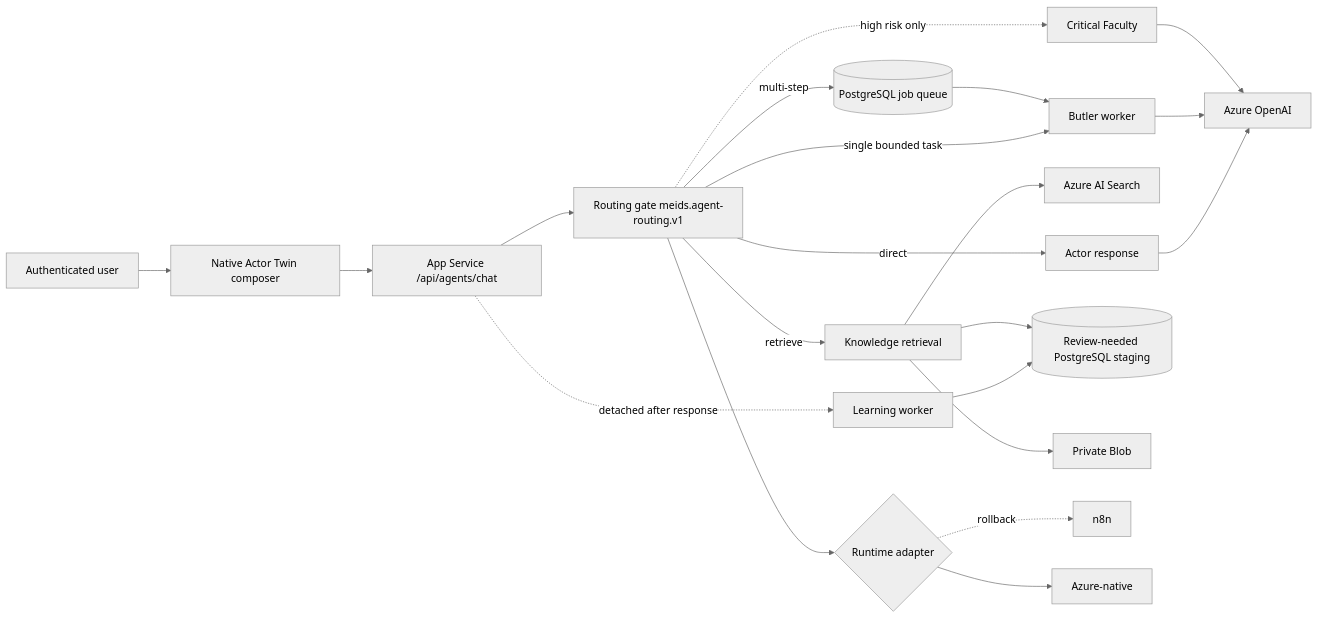
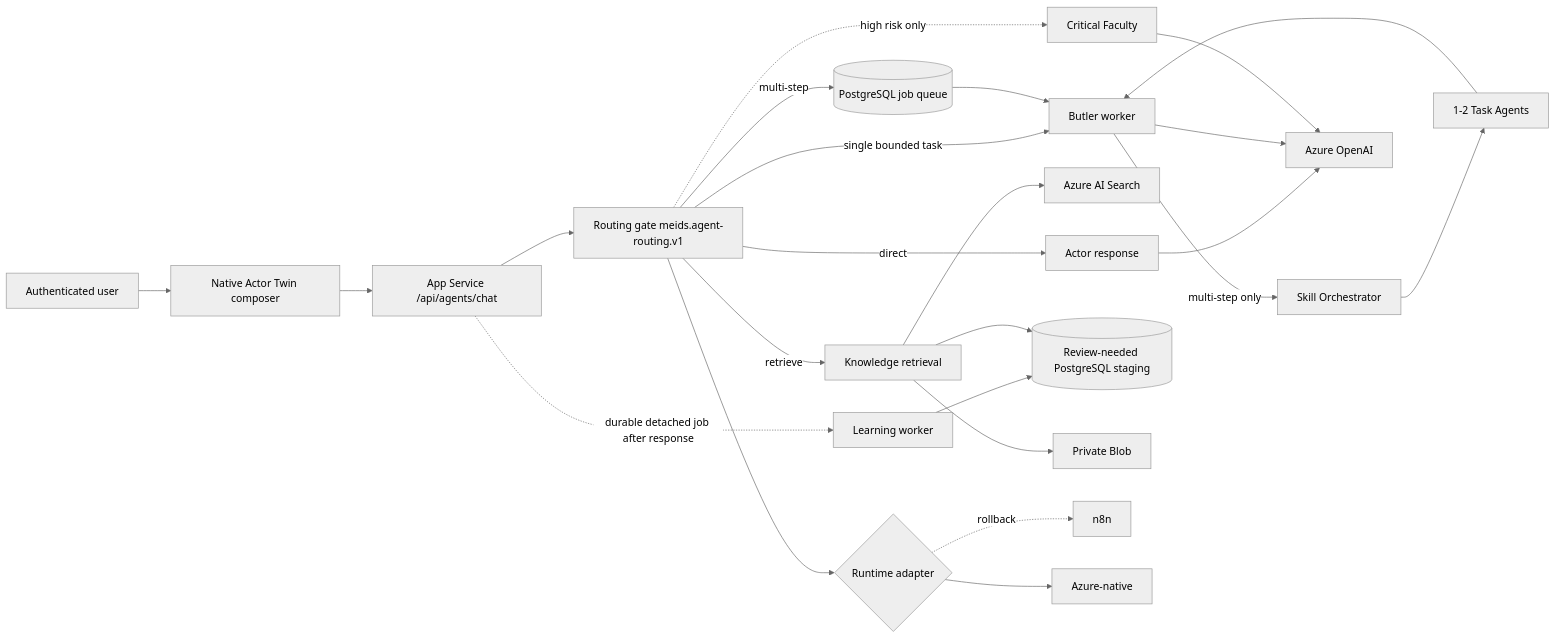
Before and after one commit to florianliepe/meids-app: the second of 2 diagrams in docs/production/azure-native-agent-target.md, drawn with Mermaid (neutral theme). The commit also changed other lines of this file and 8 other files, not shown here.

````diff
--- a/docs/production/azure-native-agent-target.md
+++ b/docs/production/azure-native-agent-target.md
@@ -30,23 +34,26 @@
 ```mermaid
 flowchart LR
   U[Authenticated user] --> F[Native Actor Twin composer]
   F --> API[App Service /api/agents/chat]
   API --> G[Routing gate meids.agent-routing.v1]
   G -->|direct| A[Actor response]
   G -->|retrieve| K[Knowledge retrieval]
   G -->|single bounded task| B[Butler worker]
   G -->|multi-step| Q[(PostgreSQL job queue)]
   Q --> B
+  B -->|multi-step only| S[Skill Orchestrator]
+  S --> T[1-2 Task Agents]
+  T --> B
   K --> AS[Azure AI Search]
   A --> AO[Azure OpenAI]
   B --> AO
   G -. high risk only .-> C[Critical Faculty]
   C --> AO
-  API -. detached after response .-> L[Learning worker]
+  API -. durable detached job after response .-> L[Learning worker]
   L --> PG[(Review-needed PostgreSQL staging)]
   K --> PG
   K --> BL[Private Blob]
   G --> AD{Runtime adapter}
   AD -. rollback .-> N[n8n]
   AD --> AZ[Azure-native]
 ```
````
